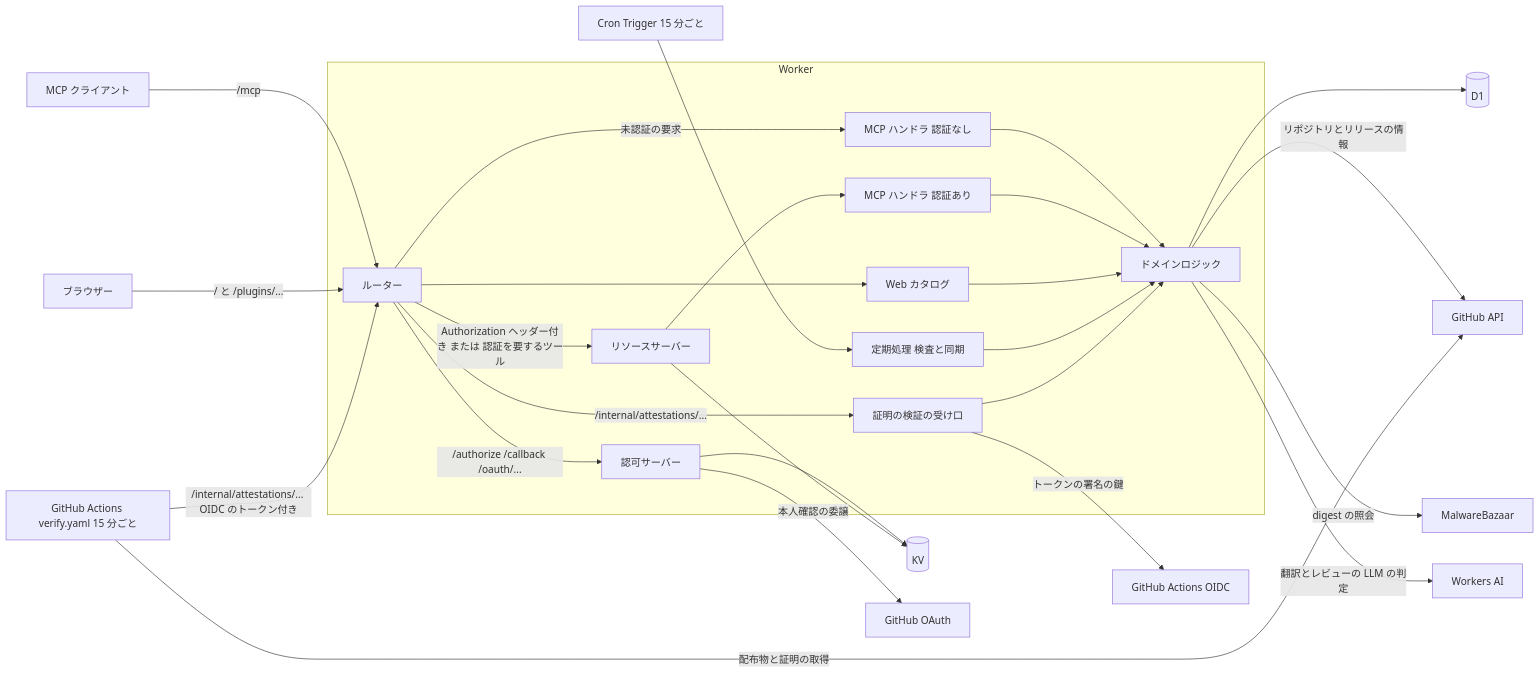
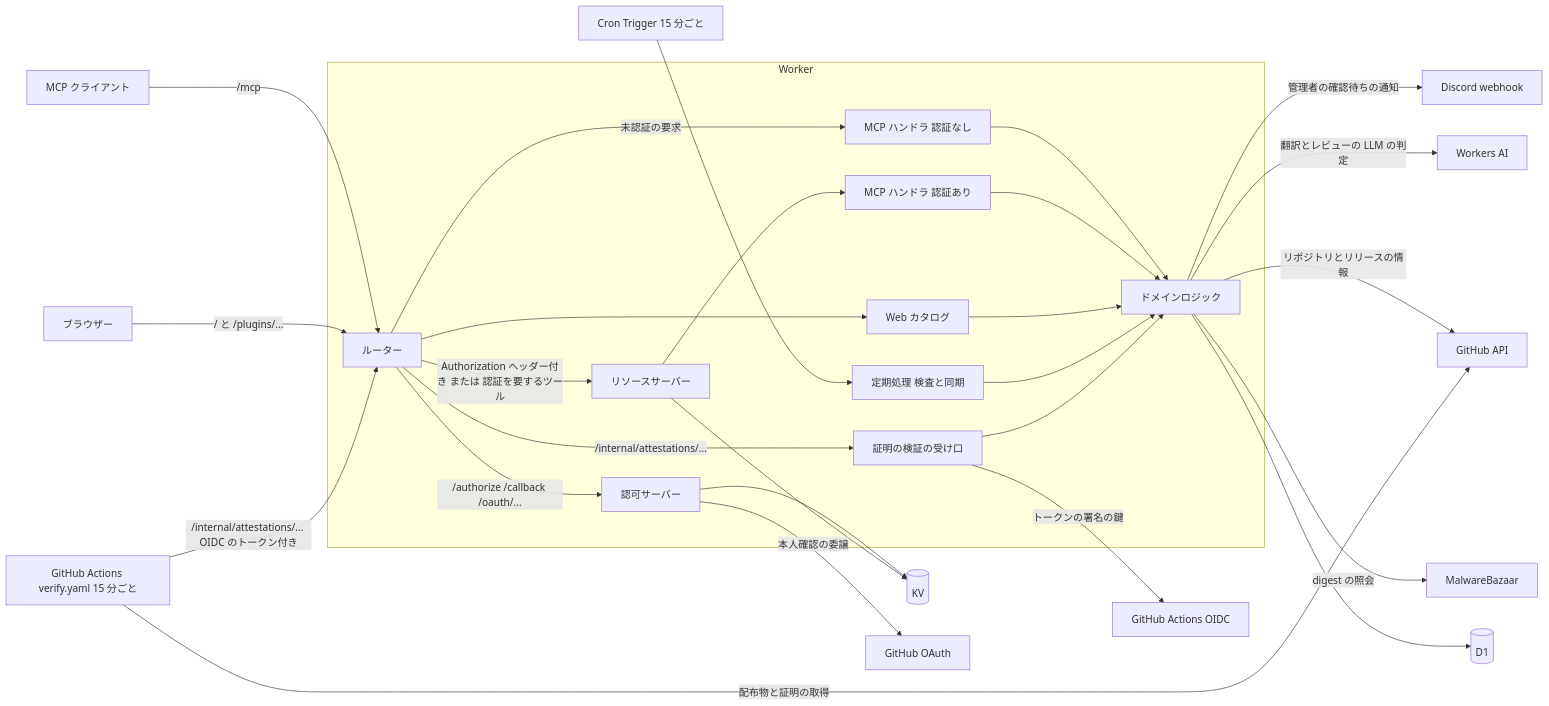
The diagram in docs/design/architecture.md (AllegroMoltoV/plugin-soko-kun), drawn with Mermaid before and after one commit. The commit also changed other lines of this file and 21 other files, not shown here.

````diff
--- a/docs/design/architecture.md
+++ b/docs/design/architecture.md
@@ -17,31 +17,32 @@
 ```mermaid
 flowchart LR
   agent[MCP クライアント] -->|/mcp| router
   browser[ブラウザー] -->|/ と /plugins/...| router
   cron[Cron Trigger 15 分ごと] --> scheduled
   verify[GitHub Actions verify.yaml 15 分ごと] -->|/internal/attestations/... OIDC のトークン付き| router
   subgraph worker[Worker]
     router[ルーター]
     router -->|未認証の要求| mcpPublic[MCP ハンドラ 認証なし]
     router -->|Authorization ヘッダー付き または 認証を要するツール| rs[リソースサーバー]
     rs --> mcpAuth[MCP ハンドラ 認証あり]
     router -->|/authorize /callback /oauth/...| as[認可サーバー]
     router --> web[Web カタログ]
     router -->|/internal/attestations/...| attest[証明の検証の受け口]
     scheduled[定期処理 検査と同期]
     mcpPublic --> domain[ドメインロジック]
     mcpAuth --> domain
     web --> domain
     scheduled --> domain
     attest --> domain
   end
   as --> kv[(KV)]
   rs --> kv
   as -->|本人確認の委譲| ghOAuth[GitHub OAuth]
   attest -->|トークンの署名の鍵| ghOidc[GitHub Actions OIDC]
   domain --> d1[(D1)]
   domain -->|リポジトリとリリースの情報| ghApi[GitHub API]
   domain -->|digest の照会| scanners[MalwareBazaar]
   domain -->|翻訳とレビューの LLM の判定| ai[Workers AI]
+  domain -->|管理者の確認待ちの通知| discord[Discord webhook]
   verify -->|配布物と証明の取得| ghApi
 ```
````
